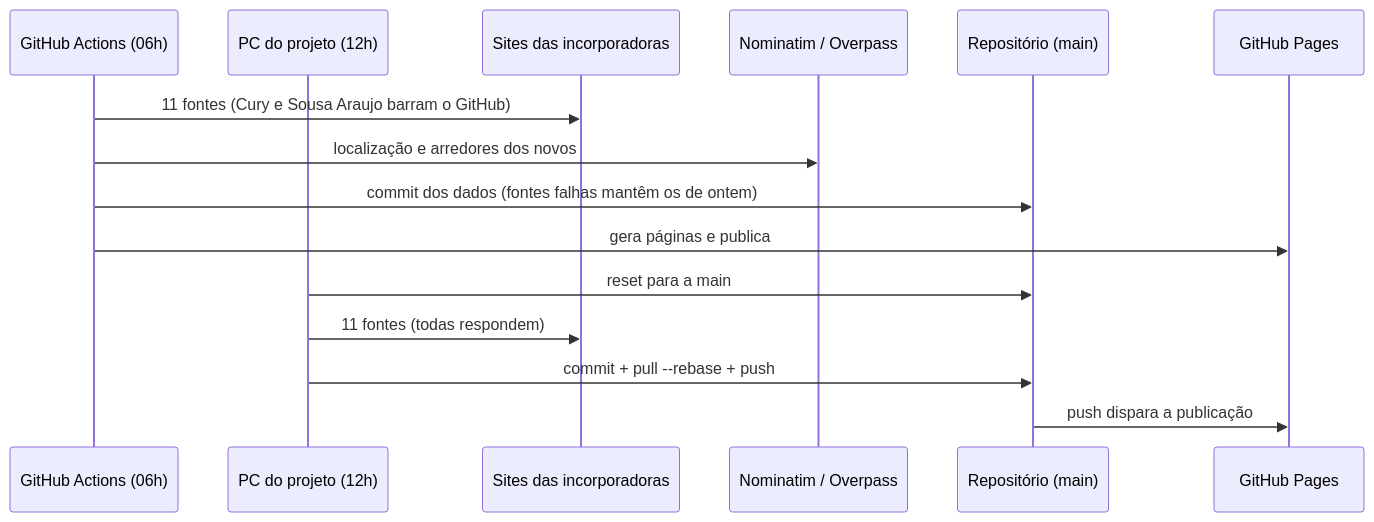
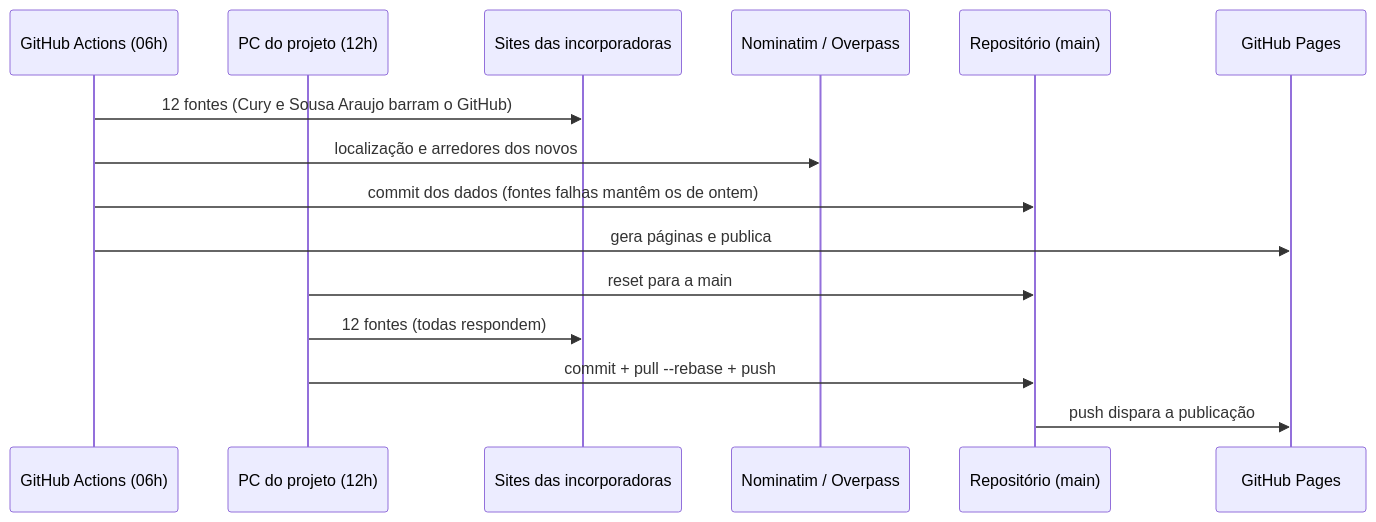
The fifth of 6 diagrams in docs/fluxos.md (yH3rcul3Sy/naplanta), drawn with Mermaid before and after one commit. The commit also changed 9 other files, not shown here.

````diff
--- a/docs/fluxos.md
+++ b/docs/fluxos.md
@@ -54,17 +54,17 @@
 ```mermaid
 sequenceDiagram
     participant GA as GitHub Actions (06h)
     participant PC as PC do projeto (12h)
     participant S as Sites das incorporadoras
     participant OSM as Nominatim / Overpass
     participant GH as Repositório (main)
     participant P as GitHub Pages
-    GA->>S: 11 fontes (Cury e Sousa Araujo barram o GitHub)
+    GA->>S: 12 fontes (Cury e Sousa Araujo barram o GitHub)
     GA->>OSM: localização e arredores dos novos
     GA->>GH: commit dos dados (fontes falhas mantêm os de ontem)
     GA->>P: gera páginas e publica
     PC->>GH: reset para a main
-    PC->>S: 11 fontes (todas respondem)
+    PC->>S: 12 fontes (todas respondem)
     PC->>GH: commit + pull --rebase + push
     GH->>P: push dispara a publicação
 ```
````
